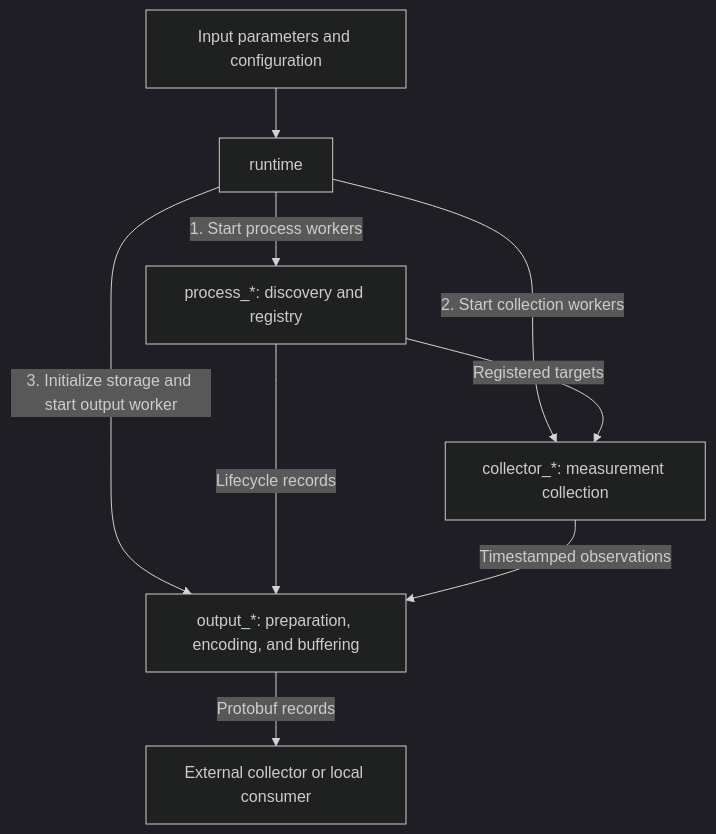
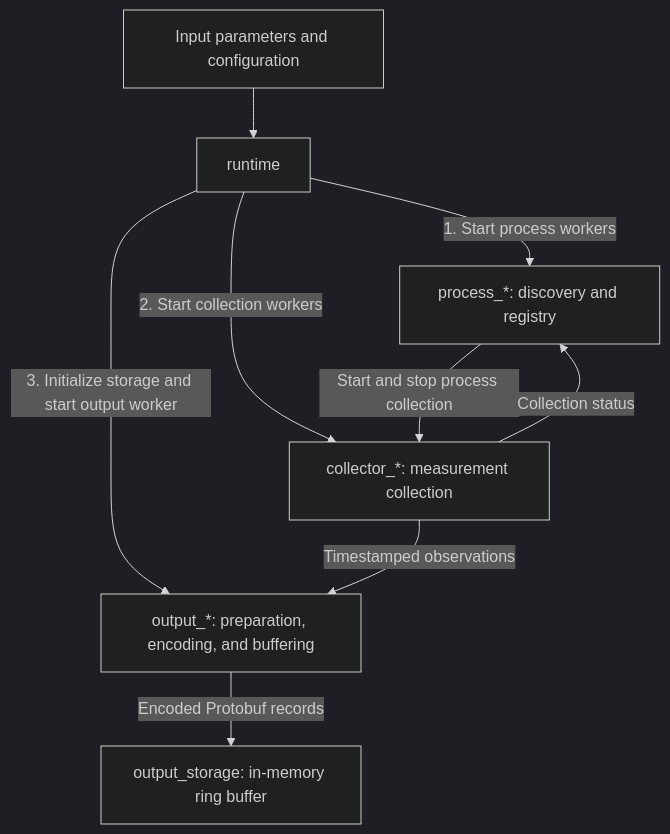
The first of 2 diagrams in README.md (Quelt1c/rdk-observer-rs), drawn with Mermaid (dark theme) before and after one commit. The commit also changed other lines of this file and 12 other files, not shown here.

Commit message:
tunning design docs and mermaid flows

````diff
--- a/README.md
+++ b/README.md
@@ -42,11 +44,11 @@
 ```mermaid
 flowchart TD
     Config["Input parameters and configuration"] --> Runtime["runtime"]
     Runtime -->|1. Start process workers| Processes["process_*: discovery and registry"]
     Runtime -->|2. Start collection workers| Collectors["collector_*: measurement collection"]
     Runtime -->|3. Initialize storage and start output worker| Output["output_*: preparation, encoding, and buffering"]
-    Processes -->|Registered targets| Collectors
-    Processes -->|Lifecycle records| Output
+    Processes -->|Start and stop process collection| Collectors
+    Collectors -->|Collection status| Processes
     Collectors -->|Timestamped observations| Output
-    Output -->|Protobuf records| Consumer["External collector or local consumer"]
+    Output -->|Encoded Protobuf records| Buffer["output_storage: in-memory ring buffer"]
 ```
````
